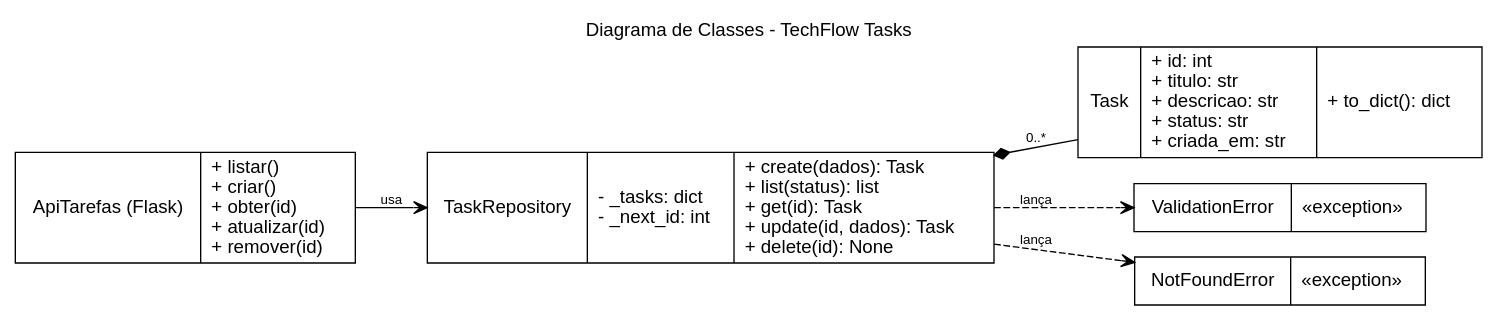
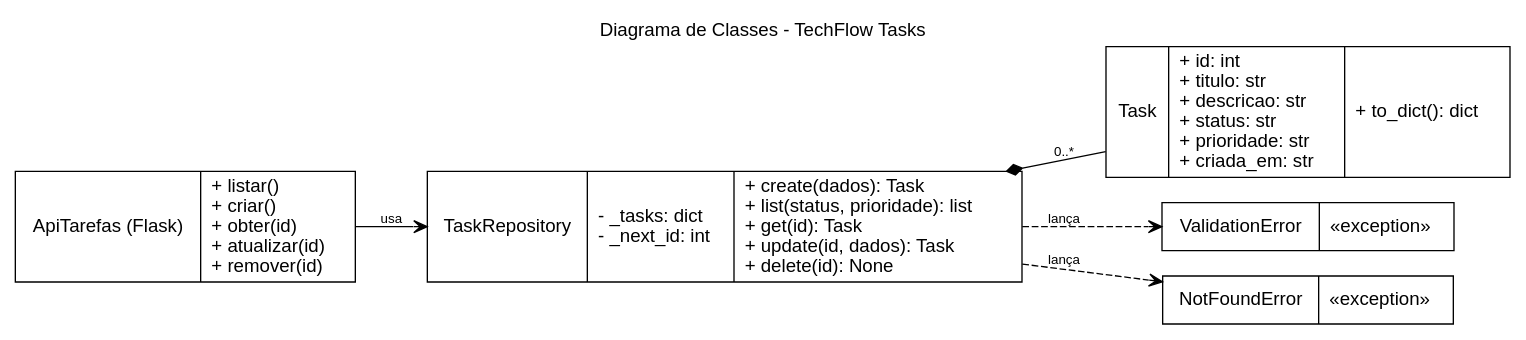
Before and after one commit to Fernando-dev241/techflow-tasks: the diagram in docs/diagrama_classes.dot, drawn with Graphviz. The commit also changed 4 other files, not shown here.

Commit message:
docs: atualiza diagramas UML e README após a mudança de escopo

```diff
--- a/docs/diagrama_classes.dot
+++ b/docs/diagrama_classes.dot
@@ -1,15 +1,15 @@
 digraph classes {
   rankdir=LR; fontname="Helvetica"; labelloc=t;
   label="Diagrama de Classes - TechFlow Tasks";
   node [shape=record, fontname="Helvetica", style=filled, fillcolor="#FFFFFF"];
   edge [fontname="Helvetica", fontsize=10];
   api [label="{ApiTarefas (Flask)|+ listar()\l+ criar()\l+ obter(id)\l+ atualizar(id)\l+ remover(id)\l}"];
-  repo [label="{TaskRepository|- _tasks: dict\l- _next_id: int\l|+ create(dados): Task\l+ list(status): list\l+ get(id): Task\l+ update(id, dados): Task\l+ delete(id): None\l}"];
-  task [label="{Task|+ id: int\l+ titulo: str\l+ descricao: str\l+ status: str\l+ criada_em: str\l|+ to_dict(): dict\l}"];
+  repo [label="{TaskRepository|- _tasks: dict\l- _next_id: int\l|+ create(dados): Task\l+ list(status, prioridade): list\l+ get(id): Task\l+ update(id, dados): Task\l+ delete(id): None\l}"];
+  task [label="{Task|+ id: int\l+ titulo: str\l+ descricao: str\l+ status: str\l+ prioridade: str\l+ criada_em: str\l|+ to_dict(): dict\l}"];
   verr [label="{ValidationError|«exception»\l}"];
   nerr [label="{NotFoundError|«exception»\l}"];
   api -> repo [label="usa", arrowhead=vee];
   repo -> task [label="0..*", arrowtail=diamond, dir=back];
   repo -> verr [style=dashed, arrowhead=vee, label="lança"];
   repo -> nerr [style=dashed, arrowhead=vee, label="lança"];
 }
```
